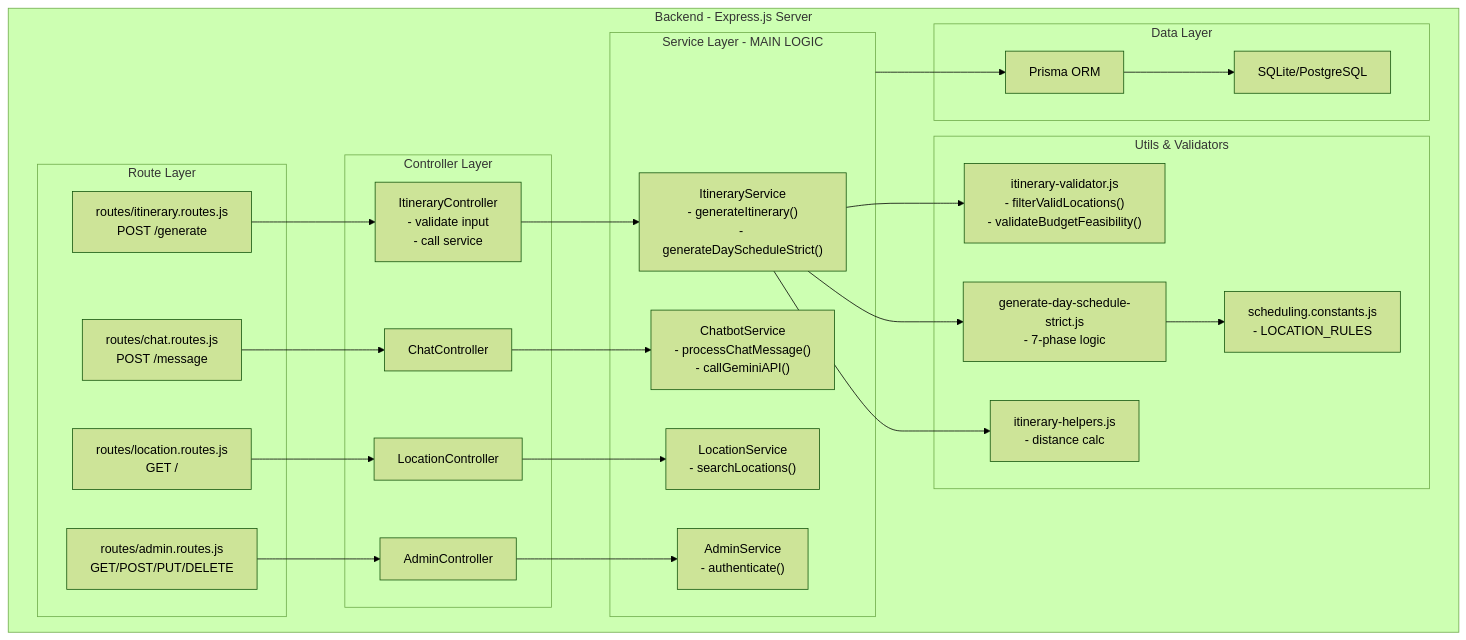
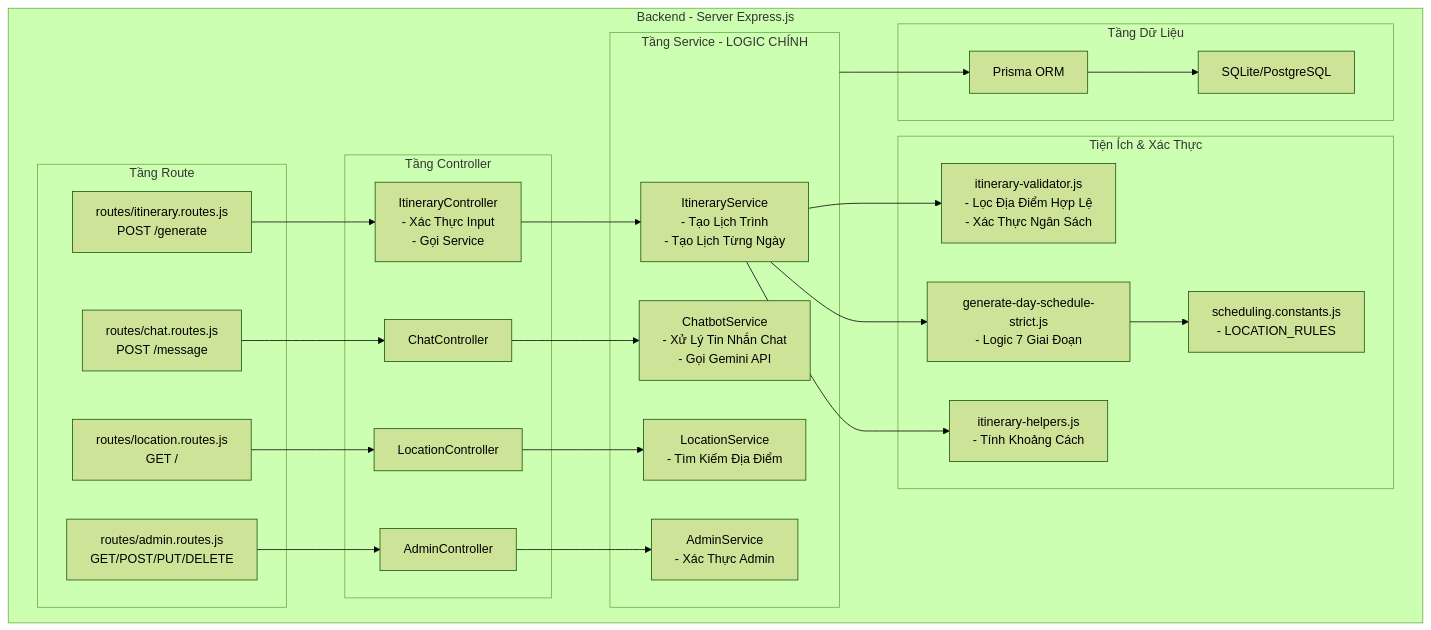
Before and after one commit to Doggie-H/Dana-Travel: the eighth of 10 diagrams in docs/ARCHITECTURE.md, drawn with Mermaid (forest theme). The commit also changed other lines of this file, not shown here.

````diff
--- a/docs/ARCHITECTURE.md
+++ b/docs/ARCHITECTURE.md
@@ -477,55 +477,55 @@
 ```mermaid
 graph TB
-    subgraph Backend["Backend - Express.js Server"]
-        subgraph Routes["Route Layer"]
+    subgraph Backend["Backend - Server Express.js"]
+        subgraph Routes["Tầng Route"]
             RItinerary["routes/itinerary.routes.js<br/>POST /generate"]
             RChat["routes/chat.routes.js<br/>POST /message"]
             RLocation["routes/location.routes.js<br/>GET /"]
             RAdmin["routes/admin.routes.js<br/>GET/POST/PUT/DELETE"]
         end
 
-        subgraph Controllers["Controller Layer"]
-            CItinerary["ItineraryController<br/>- validate input<br/>- call service"]
+        subgraph Controllers["Tầng Controller"]
+            CItinerary["ItineraryController<br/>- Xác Thực Input<br/>- Gọi Service"]
             CChat["ChatController"]
             CLocation["LocationController"]
             CAdmin["AdminController"]
         end
 
-        subgraph Services["Service Layer - MAIN LOGIC"]
-            SItinerary["ItineraryService<br/>- generateItinerary()<br/>- generateDayScheduleStrict()"]
-            SChat["ChatbotService<br/>- processChatMessage()<br/>- callGeminiAPI()"]
-            SLocation["LocationService<br/>- searchLocations()"]
-            SAdmin["AdminService<br/>- authenticate()"]
+        subgraph Services["Tầng Service - LOGIC CHÍNH"]
+            SItinerary["ItineraryService<br/>- Tạo Lịch Trình<br/>- Tạo Lịch Từng Ngày"]
+            SChat["ChatbotService<br/>- Xử Lý Tin Nhắn Chat<br/>- Gọi Gemini API"]
+            SLocation["LocationService<br/>- Tìm Kiếm Địa Điểm"]
+            SAdmin["AdminService<br/>- Xác Thực Admin"]
         end
 
-        subgraph Utils["Utils & Validators"]
-            Validator["itinerary-validator.js<br/>- filterValidLocations()<br/>- validateBudgetFeasibility()"]
-            DaySchedule["generate-day-schedule-strict.js<br/>- 7-phase logic"]
+        subgraph Utils["Tiện Ích & Xác Thực"]
+            Validator["itinerary-validator.js<br/>- Lọc Địa Điểm Hợp Lệ<br/>- Xác Thực Ngân Sách"]
+            DaySchedule["generate-day-schedule-strict.js<br/>- Logic 7 Giai Đoạn"]
             Constants["scheduling.constants.js<br/>- LOCATION_RULES"]
-            Helpers["itinerary-helpers.js<br/>- distance calc"]
+            Helpers["itinerary-helpers.js<br/>- Tính Khoảng Cách"]
         end
 
-        subgraph Data["Data Layer"]
+        subgraph Data["Tầng Dữ Liệu"]
             ORM["Prisma ORM"]
             DB["SQLite/PostgreSQL"]
         end
     end
 
     RItinerary --> CItinerary
     RChat --> CChat
     RLocation --> CLocation
     RAdmin --> CAdmin
 
     CItinerary --> SItinerary
     CChat --> SChat
     CLocation --> SLocation
     CAdmin --> SAdmin
 
     SItinerary --> Validator
     SItinerary --> DaySchedule
     DaySchedule --> Constants
     SItinerary --> Helpers
 
     Services --> ORM
     ORM --> DB
 ```
````
